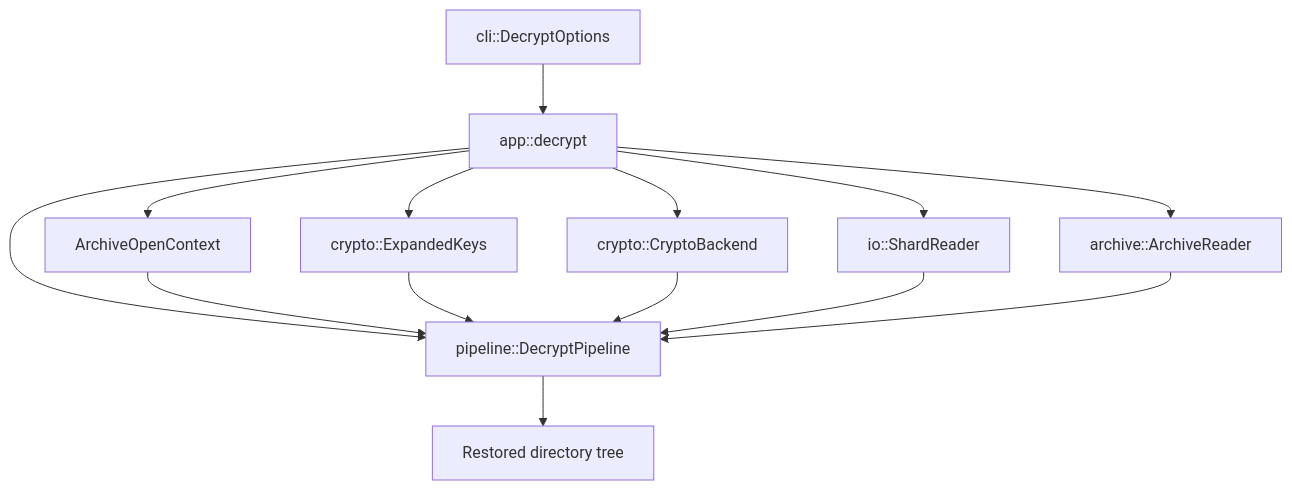
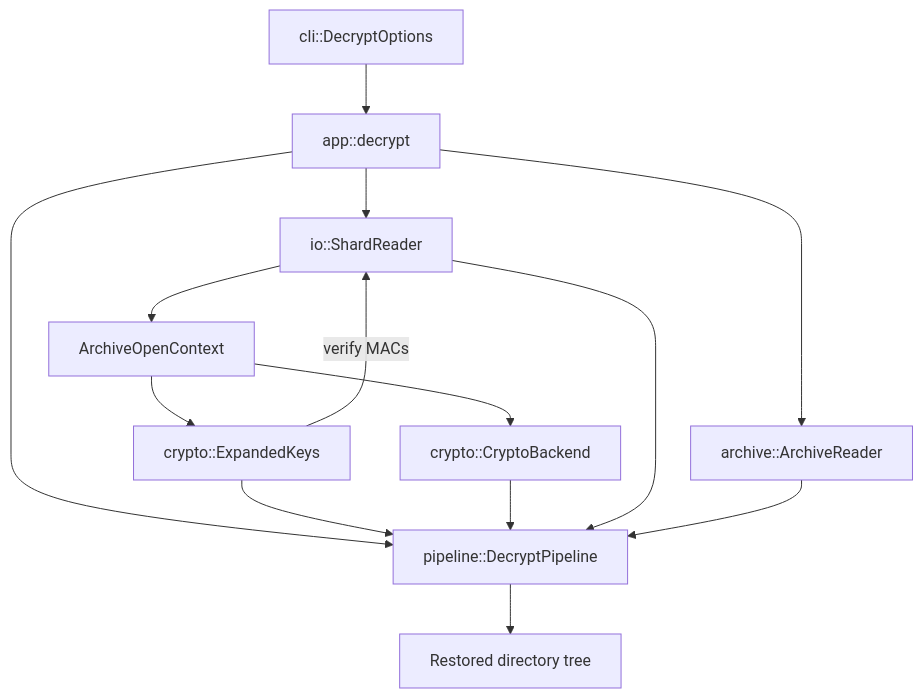
The third of 5 diagrams in docs/HIGH_LEVEL_DESIGN.md (gellistvan/bseal-cpp-0), drawn with Mermaid before and after one commit. The commit also changed other lines of this file, not shown here.

````diff
--- a/docs/HIGH_LEVEL_DESIGN.md
+++ b/docs/HIGH_LEVEL_DESIGN.md
@@ -266,26 +352,26 @@
 ```mermaid
 flowchart TD
     Options[cli::DecryptOptions]
     App[app::decrypt]
     Context[ArchiveOpenContext]
     Keys[crypto::ExpandedKeys]
     Backend[crypto::CryptoBackend]
     SR[io::ShardReader]
     AR[archive::ArchiveReader]
     DP[pipeline::DecryptPipeline]
     Restored[Restored directory tree]
 
     Options --> App
-    App --> Context
-    App --> Keys
-    App --> Backend
     App --> SR
+    SR --> Context
+    Context --> Keys
+    Keys -->|verify MACs| SR
+    Context --> Backend
     App --> AR
     App --> DP
-    Context --> DP
     Keys --> DP
     Backend --> DP
     SR --> DP
     AR --> DP
     DP --> Restored
 ```
````
